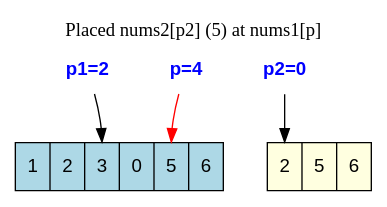
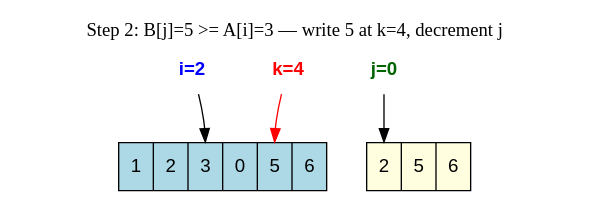
The diagram in 088-merge-sorted-array/dot/step2.dot (jensonp/leetcode), drawn with Graphviz before and after one commit. The commit also changed 23 other files, not shown here.

Commit message:
Full workflow-compliant 088 README: glossary, 3-claim proof, 30-sec interview proof, 11 diagrams, mapping table

```diff
--- a/088-merge-sorted-array/dot/step2.dot
+++ b/088-merge-sorted-array/dot/step2.dot
@@ -1,13 +1,10 @@
 digraph G {
-    rankdir=TB;
-    node [shape=record, fontname="Helvetica", style=filled, fillcolor=white];
+    rankdir=TB; node [shape=record, fontname="Helvetica", style=filled, fillcolor=white];
     nums1 [label="<f0> 1|<f1> 2|<f2> 3|<f3> 0|<f4> 5|<f5> 6", fillcolor=lightblue];
     nums2 [label="<f0> 2|<f1> 5|<f2> 6", fillcolor=lightyellow];
-    node [shape=plaintext, fillcolor=none, fontcolor=blue, fontname="Helvetica-Bold"];
-    p1 [label="p1=2"]; p1 -> nums1:f2;
-p2 [label="p2=0"]; p2 -> nums2:f0;
-p [label="p=4"]; p -> nums1:f4 [color=red, fontcolor=red];
-    labelloc="t";
-    label="Placed nums2[p2] (5) at nums1[p]";
-    fontsize=14;
+    node [shape=plaintext, fillcolor=none, fontname="Helvetica-Bold"];
+    i [label="i=2", fontcolor=blue]; i -> nums1:f2;
+j [label="j=0", fontcolor=darkgreen]; j -> nums2:f0;
+k [label="k=4", fontcolor=red]; k -> nums1:f4 [color=red];
+labelloc="t"; label="Step 2: B[j]=5 >= A[i]=3 — write 5 at k=4, decrement j"; fontsize=14;
 }
```
